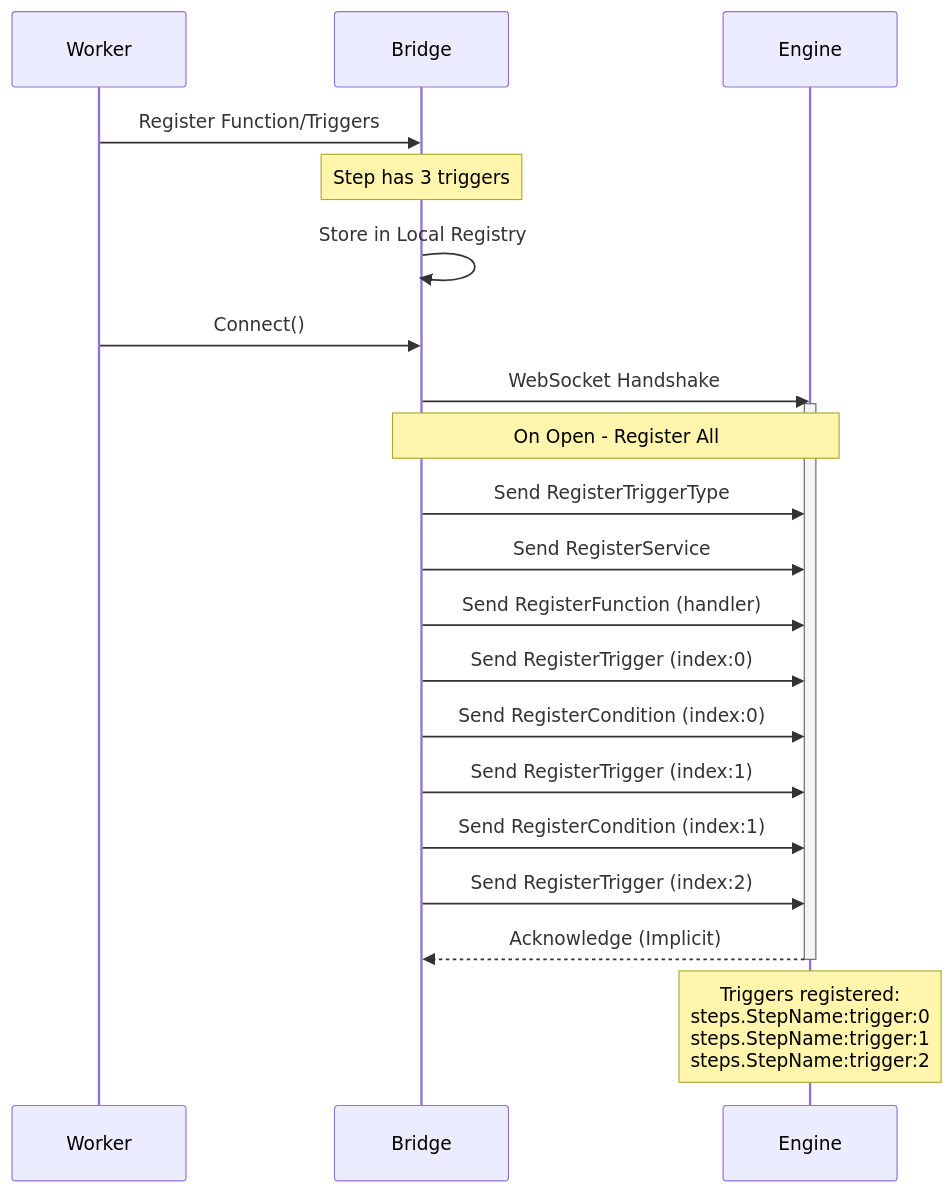
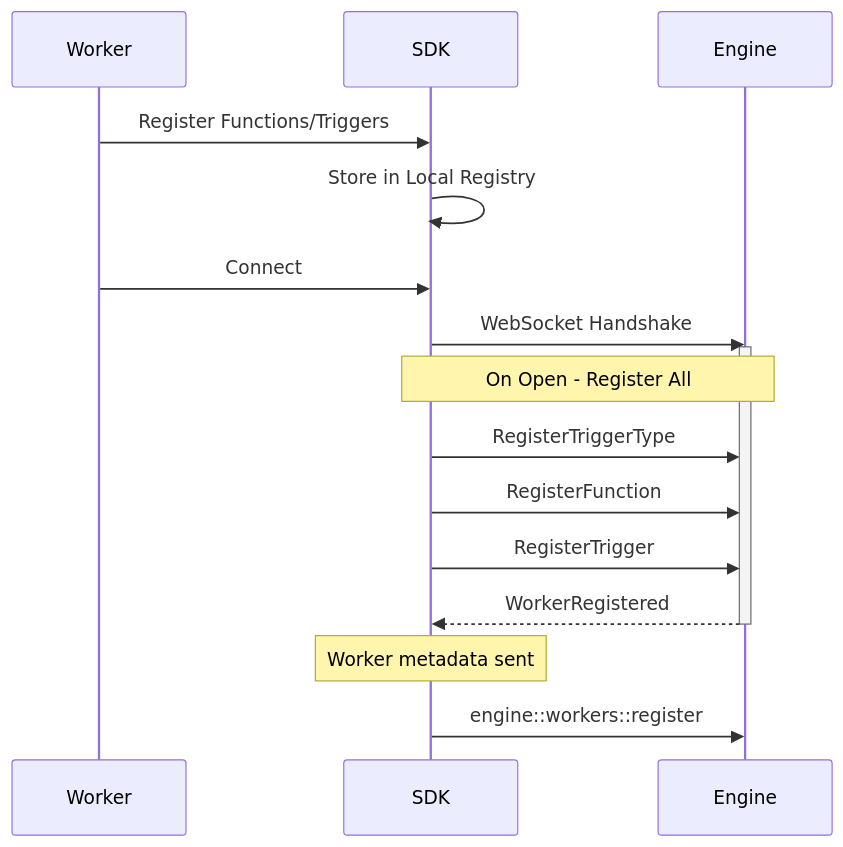
Before and after one commit to iii-hq/docs: the second of 2 diagrams in content/advanced/sdk-implementation.mdx, drawn with Mermaid. The commit also changed other lines of this file and 27 other files, not shown here.

````diff
--- a/content/advanced/sdk-implementation.mdx
+++ b/content/advanced/sdk-implementation.mdx
@@ -26,29 +22,24 @@
 ```mermaid
 sequenceDiagram
     participant Worker
-    participant Bridge
+    participant SDK
     participant Engine
 
-    Worker->>Bridge: Register Function/Triggers
-    Note over Bridge: Step has 3 triggers
-    Bridge->>Bridge: Store in Local Registry
+    Worker->>SDK: Register Functions/Triggers
+    SDK->>SDK: Store in Local Registry
 
-    Worker->>Bridge: Connect()
-    Bridge->>Engine: WebSocket Handshake
+    Worker->>SDK: Connect
+    SDK->>Engine: WebSocket Handshake
     activate Engine
 
-    Note over Bridge, Engine: On Open - Register All
-    Bridge->>Engine: Send RegisterTriggerType
-    Bridge->>Engine: Send RegisterService
-    Bridge->>Engine: Send RegisterFunction (handler)
-    Bridge->>Engine: Send RegisterTrigger (index:0)
-    Bridge->>Engine: Send RegisterCondition (index:0)
-    Bridge->>Engine: Send RegisterTrigger (index:1)
-    Bridge->>Engine: Send RegisterCondition (index:1)
-    Bridge->>Engine: Send RegisterTrigger (index:2)
+    Note over SDK, Engine: On Open - Register All
+    SDK->>Engine: RegisterTriggerType
+    SDK->>Engine: RegisterFunction
+    SDK->>Engine: RegisterTrigger
 
-    Engine-->>Bridge: Acknowledge (Implicit)
+    Engine-->>SDK: WorkerRegistered
     deactivate Engine
 
-    Note over Engine: Triggers registered:<br/>steps.StepName:trigger:0<br/>steps.StepName:trigger:1<br/>steps.StepName:trigger:2
+    Note over SDK: Worker metadata sent
+    SDK->>Engine: engine::workers::register
 ```
````
